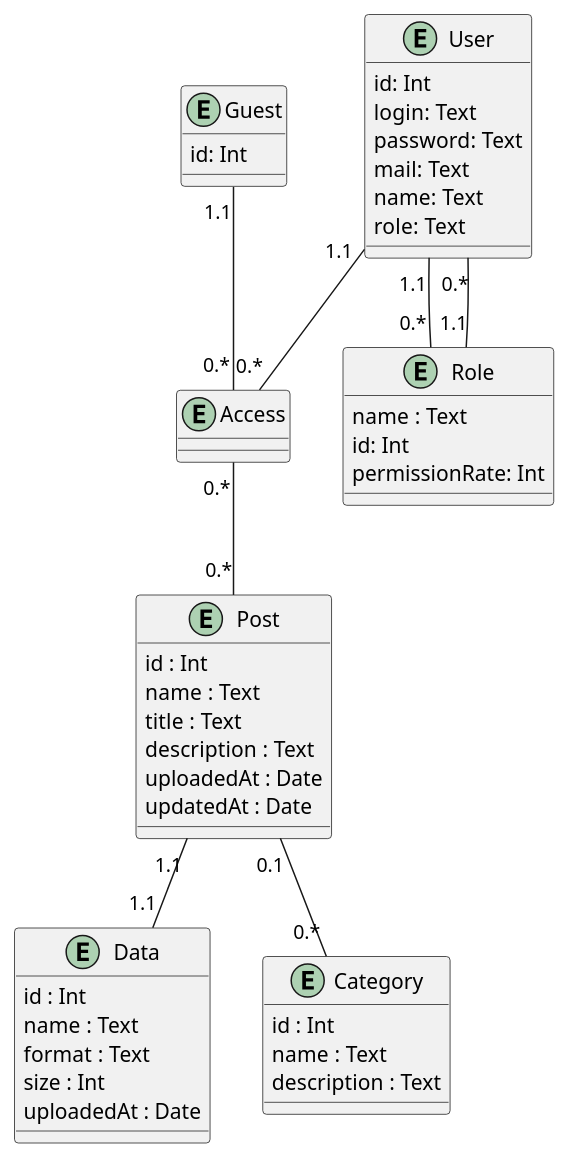
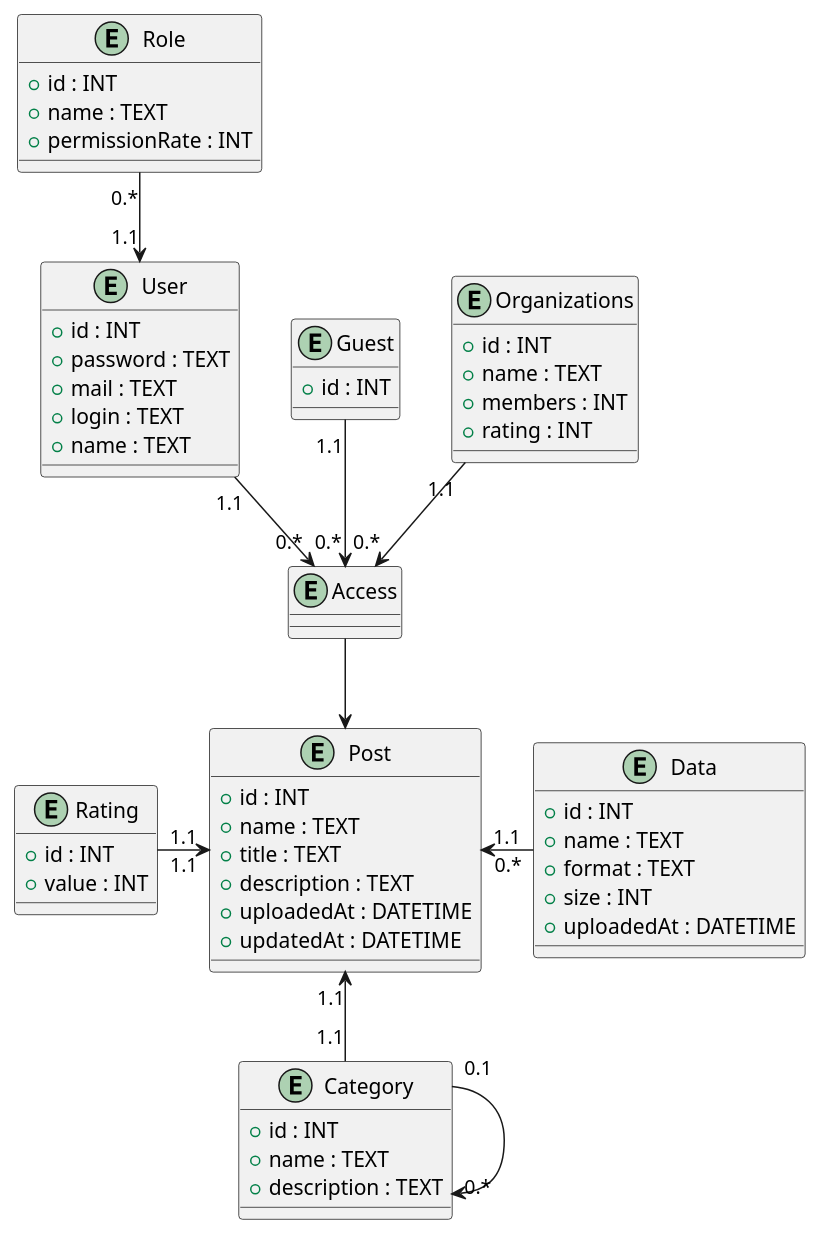
One commit to notnuff/edu_db_labs-IM-21 changed the second of 2 diagrams in docs/design/README.md. Above: the diagram before and after it, drawn with PlantUML.

Commit message:
Update ER-model

```diff
--- a/docs/design/README.md
+++ b/docs/design/README.md
@@ -110,56 +110,72 @@
 @startuml
 
-entity "User" {
-  id: Int
-  login: Text
-  password: Text
-  mail: Text
-  name: Text
-  role: Text
+entity User {
+  + id : INT
+  + password : TEXT
+  + mail : TEXT
+  + login : TEXT
+  + name : TEXT
 }
 
-entity "Access" {
+entity Role {
+  + id : INT
+  + name : TEXT
+  + permissionRate : INT
 }
 
-entity "Guest" {
-  id: Int
+entity Guest {
+  + id : INT
 }
 
-entity "Role" {
-  name : Text
-  id: Int
-  permissionRate: Int
+entity Organizations  {
+  + id : INT
+  + name : TEXT
+  + members : INT
+  + rating : INT
 }
 
-entity "Post" {
-  id : Int
-  name : Text
-  title : Text
-  description : Text
-  uploadedAt : Date
-  updatedAt : Date
+entity Access {
 }
 
-entity "Data" {
-  id : Int
-  name : Text
-  format : Text
-  size : Int
-  uploadedAt : Date
+entity Post {
+  + id : INT
+  + name : TEXT
+  + title : TEXT
+  + description : TEXT
+  + uploadedAt : DATETIME
+  + updatedAt : DATETIME
 }
 
-entity "Category" {
-  id : Int
-  name : Text
-  description : Text
+entity Data {
+  + id : INT
+  + name : TEXT
+  + format : TEXT
+  + size : INT
+  + uploadedAt : DATETIME
 }
 
-User "1.1" -- "0.*" Access
-User "1.1" -- "0.*" Role
-Access "0.*" -- "0.*" Post
-Role "1.1" -- "0.*" User
-Guest "1.1" -- "0.*" Access
-Post "0.1" -- "0.*" Category
-Post "1.1" -- "1.1" Data
+entity Category {
+  + id : INT
+  + name : TEXT
+  + description : TEXT
+}
+
+entity Rating {
+  + id : INT
+  + value : INT
+}
+
+User "1.1" --> "0.*" Access
+Guest "1.1" --> "0.*" Access
+Organizations "1.1" --> "0.*" Access
+
+Role "0.*" --> "1.1" User
+
+Access --> Post
+Data "0.*" -l-> "1.1" Post
+Rating "1.1" -r-> "1.1" Post
+
+Category "1.1" -u-> "1.1" Post
+Category "0.1" --> "0.*" Category
 
 @enduml
```
